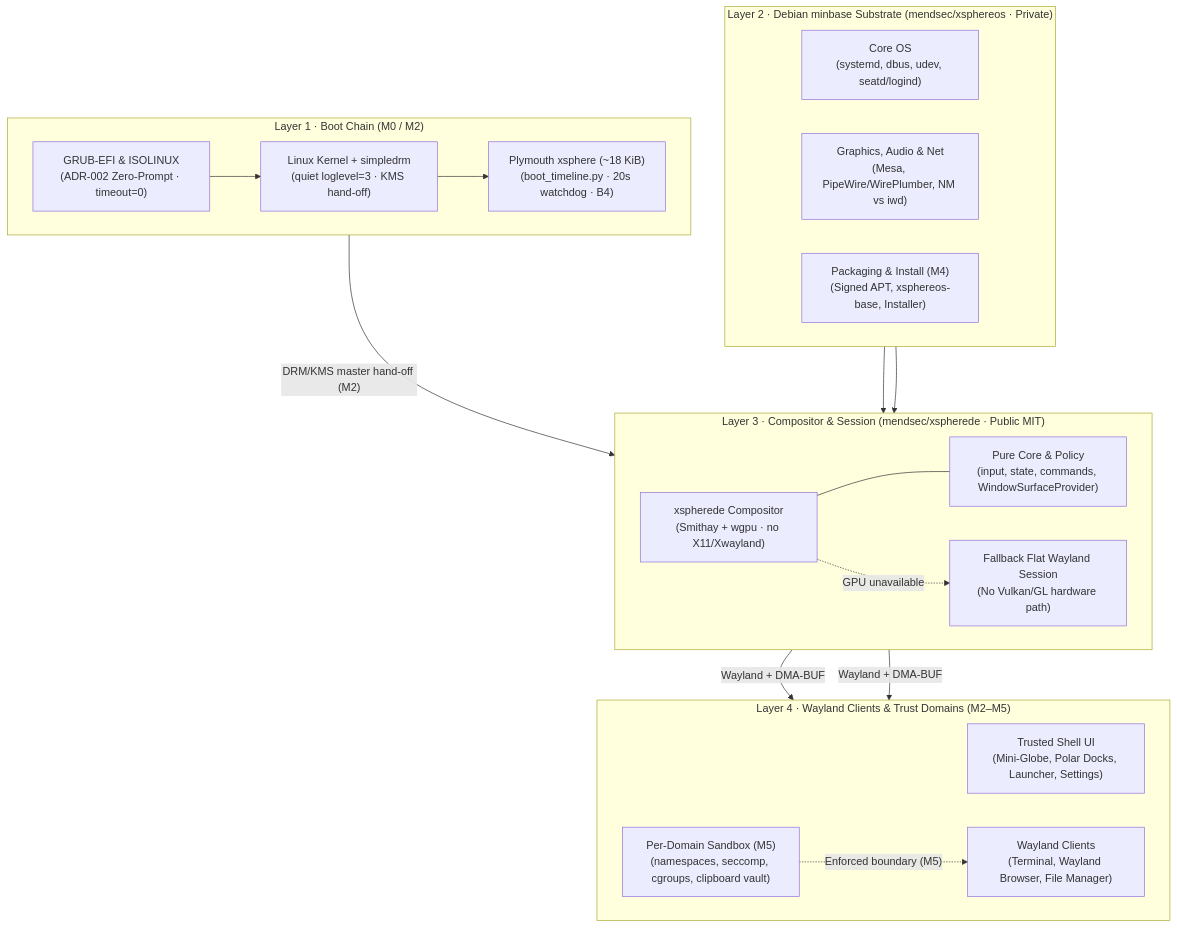
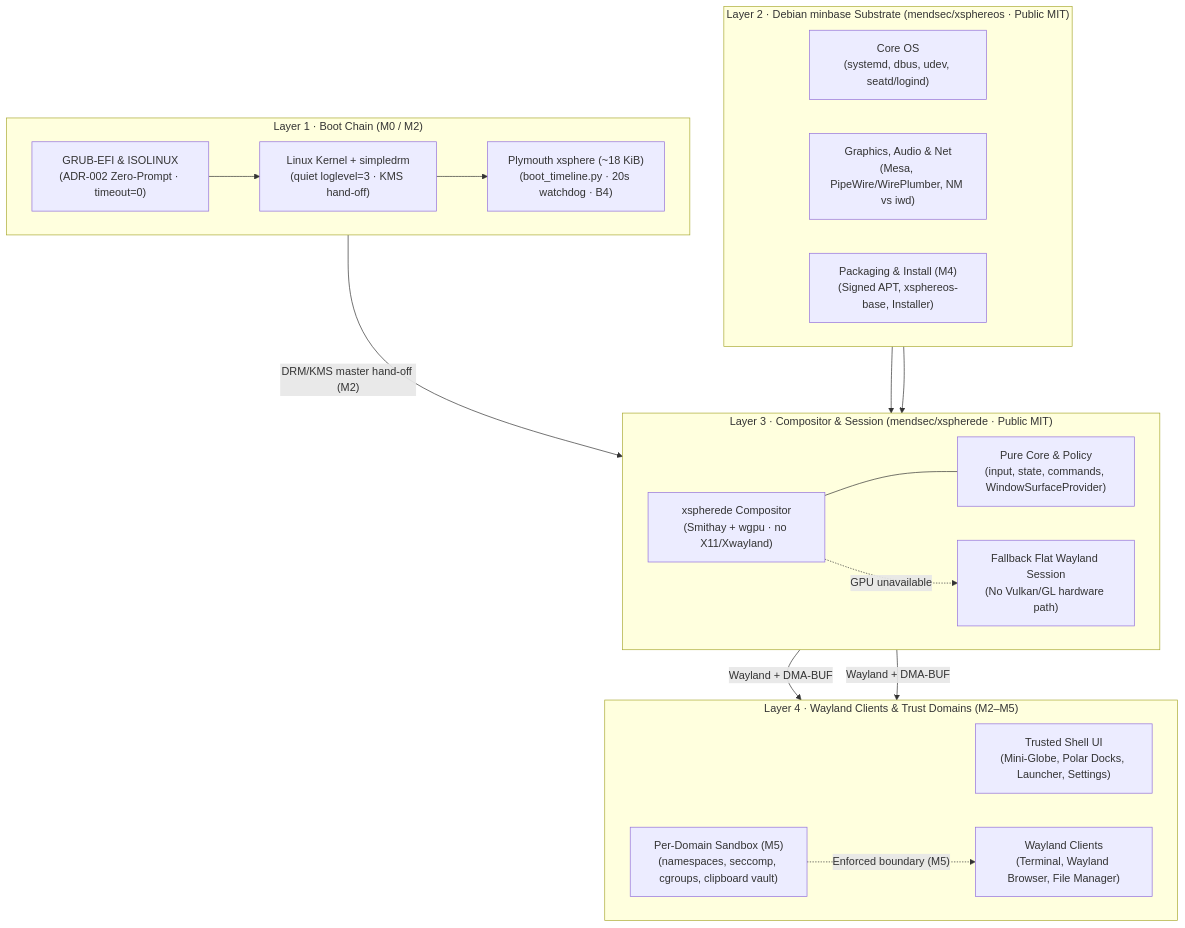
The first of 3 diagrams in docs/ARCHITECTURE.md (spheradian/spheradianos), drawn with Mermaid before and after one commit. The commit also changed 9 other files, not shown here.

First line of the commit message:
docs: describe xsphereos as public per ADR-010

````diff
--- a/docs/ARCHITECTURE.md
+++ b/docs/ARCHITECTURE.md
@@ -13,48 +13,48 @@
 ```mermaid
 flowchart TB
     subgraph L4["Layer 4 · Wayland Clients & Trust Domains (M2–M5)"]
         direction LR
         UI["Trusted Shell UI<br/>(Mini-Globe, Polar Docks, Launcher, Settings)"]
         APPS["Wayland Clients<br/>(Terminal, Wayland Browser, File Manager)"]
         SANDBOX["Per-Domain Sandbox (M5)<br/>(namespaces, seccomp, cgroups, clipboard vault)"]
     end
 
     subgraph L3["Layer 3 · Compositor & Session (mendsec/xspherede · Public MIT)"]
         direction LR
         SMITHAY["xspherede Compositor<br/>(Smithay + wgpu · no X11/Xwayland)"]
         CORE["Pure Core & Policy<br/>(input, state, commands, WindowSurfaceProvider)"]
         FALLBACK["Fallback Flat Wayland Session<br/>(No Vulkan/GL hardware path)"]
     end
 
-    subgraph L2["Layer 2 · Debian minbase Substrate (mendsec/xsphereos · Private)"]
+    subgraph L2["Layer 2 · Debian minbase Substrate (mendsec/xsphereos · Public MIT)"]
         direction LR
         SYS["Core OS<br/>(systemd, dbus, udev, seatd/logind)"]
         MEDIA["Graphics, Audio & Net<br/>(Mesa, PipeWire/WirePlumber, NM vs iwd)"]
         PKG["Packaging & Install (M4)<br/>(Signed APT, xsphereos-base, Installer)"]
     end
 
     subgraph L1["Layer 1 · Boot Chain (M0 / M2)"]
         direction LR
         BOOT["GRUB-EFI & ISOLINUX<br/>(ADR-002 Zero-Prompt · timeout=0)"]
         KERN["Linux Kernel + simpledrm<br/>(quiet loglevel=3 · KMS hand-off)"]
         PLY["Plymouth xsphere (~18 KiB)<br/>(boot_timeline.py · 20s watchdog · B4)"]
     end
 
     BOOT --> KERN --> PLY
     PLY -->|"DRM/KMS master hand-off (M2)"| SMITHAY
     SYS --> SMITHAY
     MEDIA --> SMITHAY
     SMITHAY --- CORE
     SMITHAY -.->|"GPU unavailable"| FALLBACK
     SMITHAY -->|"Wayland + DMA-BUF"| UI
     SMITHAY -->|"Wayland + DMA-BUF"| APPS
     SANDBOX -.->|"Enforced boundary (M5)"| APPS
 
     click BOOT "https://github.com/mendsec/xsphereos/issues/14" "Issue #14: Zero-prompt bootloaders"
     click PLY "https://github.com/mendsec/xsphereos/issues/7" "Issue #7: Plymouth hand-off (B4)"
     click SMITHAY "https://github.com/mendsec/xsphereos/issues/9" "Issue #9: Smithay compositor session"
     click FALLBACK "https://github.com/mendsec/xsphereos/issues/5" "Issue #5: M1 prototype & fallback"
     click MEDIA "https://github.com/mendsec/xsphereos/issues/8" "Issue #8: Browser & network ADR"
     click PKG "https://github.com/mendsec/xsphereos/issues/12" "Issue #12: Signed APT & release"
     click SANDBOX "https://github.com/mendsec/xsphereos/issues/13" "Issue #13: Per-domain sandboxing"
 ```
````
